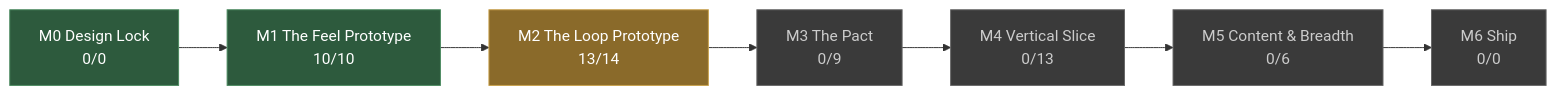
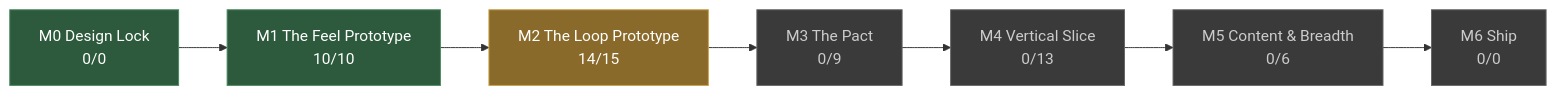
One commit to JoshuaGessner/she changed the diagram in docs/STATUS.md. Above: the diagram before and after it, drawn with Mermaid. The commit also changed other lines of this file and 9 other files, not shown here.

````diff
--- a/docs/STATUS.md
+++ b/docs/STATUS.md
@@ -13,19 +13,19 @@
 ```mermaid
 flowchart LR
   M0["M0 Design Lock<br/>0/0"]:::passed
   M1["M1 The Feel Prototype<br/>10/10"]:::passed
   M0 --> M1
-  M2["M2 The Loop Prototype<br/>13/14"]:::current
+  M2["M2 The Loop Prototype<br/>14/15"]:::current
   M1 --> M2
   M3["M3 The Pact<br/>0/9"]:::ahead
   M2 --> M3
   M4["M4 Vertical Slice<br/>0/13"]:::ahead
   M3 --> M4
   M5["M5 Content & Breadth<br/>0/6"]:::ahead
   M4 --> M5
   M6["M6 Ship<br/>0/0"]:::ahead
   M5 --> M6
   classDef passed fill:#2d5a3d,stroke:#4a8a5f,color:#fff
   classDef current fill:#8a6a2a,stroke:#c8a04a,color:#fff
   classDef ahead fill:#3a3a3a,stroke:#666,color:#ccc
 ```
````
